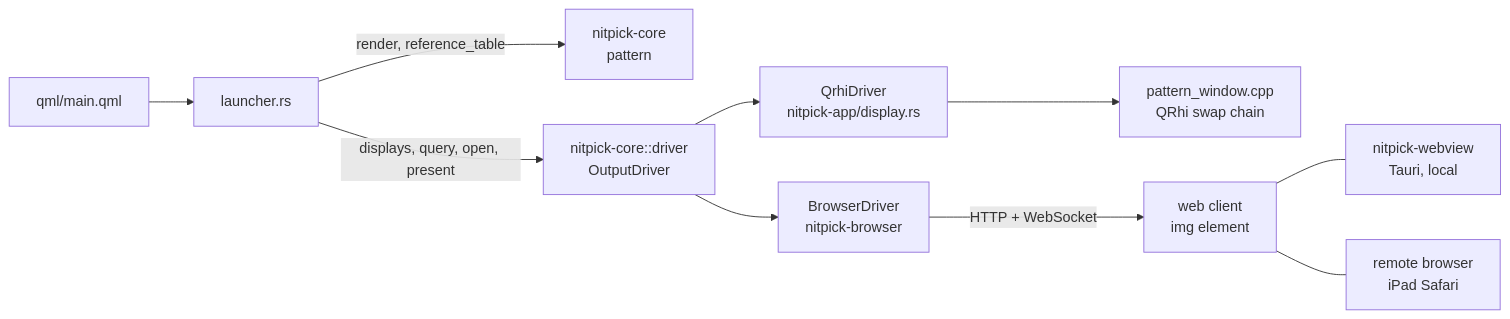
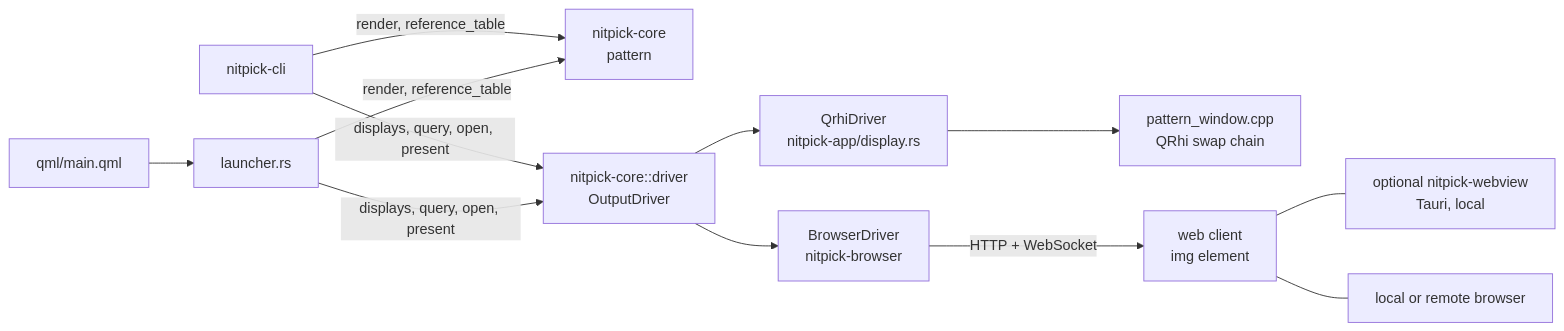
One commit to Jamesits/nitpick changed the diagram in doc/design/output_driver/overview.md. Above: the diagram before and after it, drawn with Mermaid. The commit also changed other lines of this file and 3 other files, not shown here.

````diff
--- a/doc/design/output_driver/overview.md
+++ b/doc/design/output_driver/overview.md
@@ -13,12 +13,14 @@
 ```mermaid
 graph LR
     QML[qml/main.qml] --> L[launcher.rs]
+    CLI[nitpick-cli] -->|render, reference_table| C
+    CLI -->|displays, query, open, present| API
     L -->|render, reference_table| C[nitpick-core<br/>pattern]
     L -->|displays, query, open, present| API[nitpick-core::driver<br/>OutputDriver]
     API --> Q[QrhiDriver<br/>nitpick-app/display.rs]
     API --> B[BrowserDriver<br/>nitpick-browser]
     Q --> W[pattern_window.cpp<br/>QRhi swap chain]
     B -->|HTTP + WebSocket| P[web client<br/>img element]
-    P --- T[nitpick-webview<br/>Tauri, local]
-    P --- R[remote browser<br/>iPad Safari]
+    P --- T[optional nitpick-webview<br/>Tauri, local]
+    P --- R[local or remote browser]
 ```
````
